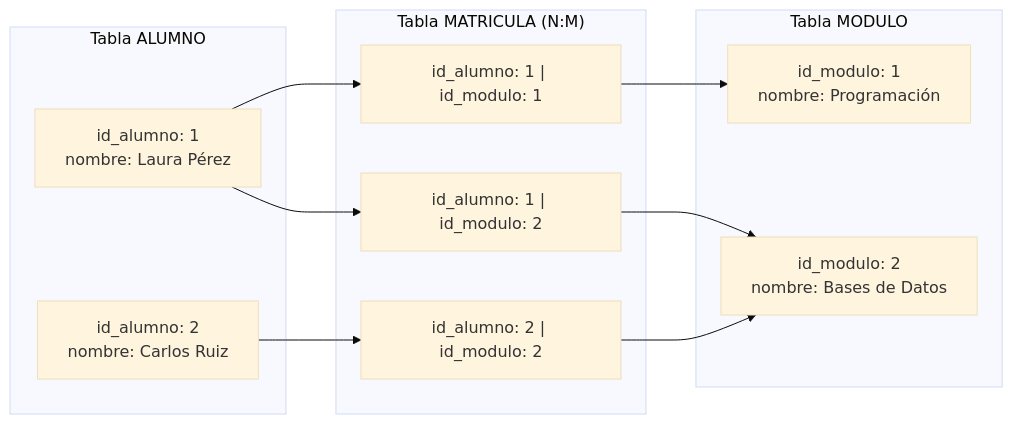
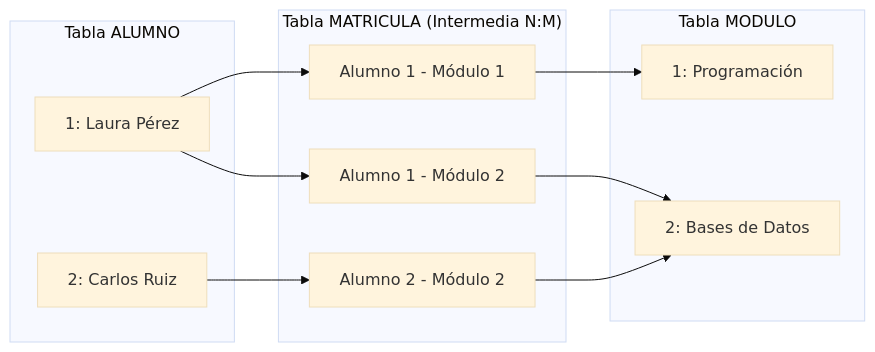
The fifth of 14 diagrams in RA2/ra2-manejor-conectores.md (fencgut961/AAD_26_27), drawn with Mermaid (base theme) before and after one commit. The commit also changed other lines of this file, not shown here.

````diff
--- a/RA2/ra2-manejor-conectores.md
+++ b/RA2/ra2-manejor-conectores.md
@@ -243,26 +240,26 @@
 ```mermaid
 graph LR
-    subgraph TablaAlumno["Tabla ALUMNO"]
-        A1["id_alumno: 1<br/>nombre: Laura Pérez"]
-        A2["id_alumno: 2<br/>nombre: Carlos Ruiz"]
+    subgraph ALUMNO["Tabla ALUMNO"]
+        A1["1: Laura Pérez"]
+        A2["2: Carlos Ruiz"]
     end
 
-    subgraph TablaMatricula["Tabla MATRICULA (N:M)"]
-        M1["id_alumno: 1 | id_modulo: 1"]
-        M2["id_alumno: 1 | id_modulo: 2"]
-        M3["id_alumno: 2 | id_modulo: 2"]
+    subgraph MATRICULA["Tabla MATRICULA (Intermedia N:M)"]
+        M11["Alumno 1 - Módulo 1"]
+        M12["Alumno 1 - Módulo 2"]
+        M22["Alumno 2 - Módulo 2"]
     end
 
-    subgraph TablaModulo["Tabla MODULO"]
-        MOD1["id_modulo: 1<br/>nombre: Programación"]
-        MOD2["id_modulo: 2<br/>nombre: Bases de Datos"]
+    subgraph MODULO["Tabla MODULO"]
+        MOD1["1: Programación"]
+        MOD2["2: Bases de Datos"]
     end
 
-    A1 --> M1
-    A1 --> M2
-    A2 --> M3
+    A1 --> M11
+    A1 --> M12
+    A2 --> M22
 
-    M1 --> MOD1
-    M2 --> MOD2
-    M3 --> MOD2
+    M11 --> MOD1
+    M12 --> MOD2
+    M22 --> MOD2
 ```
````
